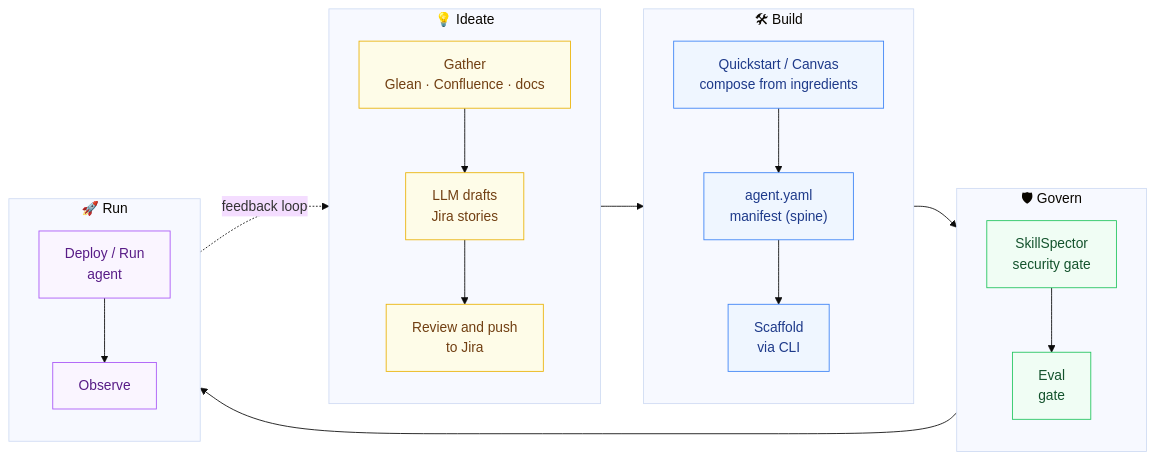
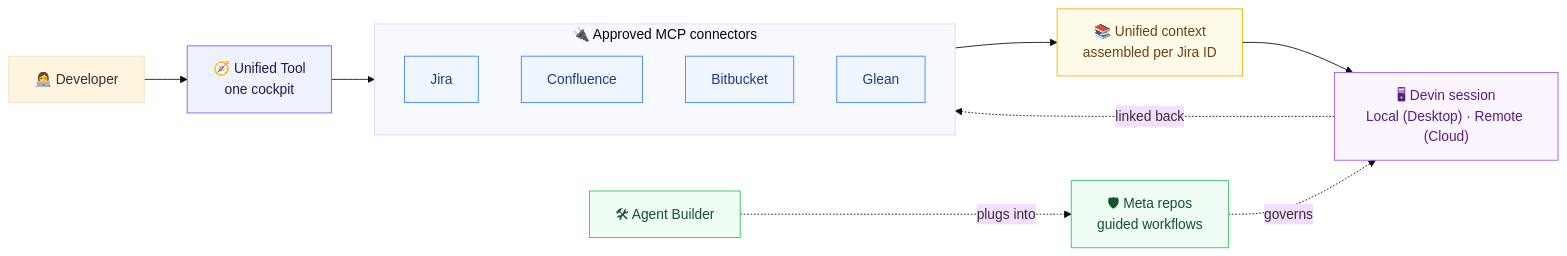
Before and after one commit to VcCorg/keelyard: the second of 3 diagrams in docs/design/01-development-lifecycle.md, drawn with Mermaid (base theme). The commit also changed other lines of this file and 2 other files, not shown here.

First line of the commit message:
docs(design): re-cast to the real current→new state (unified tool)

````diff
--- a/docs/design/01-development-lifecycle.md
+++ b/docs/design/01-development-lifecycle.md
@@ -40,31 +46,30 @@
 ```mermaid
 flowchart LR
-  subgraph IDEATE["💡 Ideate"]
+  DEV["👩‍💻 Developer"] --> HUB["🧭 Unified Tool<br/>one cockpit"]
+
+  subgraph CONNECT["🔌 Approved MCP connectors"]
     direction TB
-    G1["Gather<br/>Glean · Confluence · docs"] --> G2["LLM drafts<br/>Jira stories"] --> G3["Review and push<br/>to Jira"]
-  end
-  subgraph BUILD["🛠 Build"]
-    direction TB
-    B1["Quickstart / Canvas<br/>compose from ingredients"] --> B2["agent.yaml<br/>manifest (spine)"] --> B3["Scaffold<br/>via CLI"]
-  end
-  subgraph GOVERN["🛡 Govern"]
-    direction TB
-    V1["SkillSpector<br/>security gate"] --> V2["Eval<br/>gate"]
-  end
-  subgraph RUN["🚀 Run"]
-    direction TB
-    D1["Deploy / Run<br/>agent"] --> D2["Observe"]
+    C1["Jira"]
+    C2["Confluence"]
+    C3["Bitbucket"]
+    C4["Glean"]
   end
 
-  IDEATE --> BUILD --> GOVERN --> RUN
-  RUN -. "feedback loop" .-> IDEATE
+  HUB --> CONNECT
+  CONNECT --> CTX["📚 Unified context<br/>assembled per Jira ID"]
+  CTX --> SESS["🖥 Devin session<br/>Local (Desktop) · Remote (Cloud)"]
+  MR["🛡 Meta repos<br/>guided workflows"] -. governs .-> SESS
+  AB["🛠 Agent Builder"] -. plugs into .-> MR
+  SESS -. "linked back" .-> C1
 
-  classDef ideate fill:#fefce8,stroke:#eab308,color:#713f12;
-  classDef build fill:#eff6ff,stroke:#3b82f6,color:#1e3a8a;
-  classDef govern fill:#f0fdf4,stroke:#22c55e,color:#14532d;
-  classDef run fill:#faf5ff,stroke:#a855f7,color:#581c87;
-  class G1,G2,G3 ideate;
-  class B1,B2,B3 build;
-  class V1,V2 govern;
-  class D1,D2 run;
+  classDef hub fill:#eef2ff,stroke:#6366f1,color:#1e1b4b;
+  classDef conn fill:#eff6ff,stroke:#3b82f6,color:#1e3a8a;
+  classDef ctx fill:#fefce8,stroke:#eab308,color:#713f12;
+  classDef sess fill:#faf5ff,stroke:#a855f7,color:#581c87;
+  classDef gov fill:#f0fdf4,stroke:#22c55e,color:#14532d;
+  class HUB hub;
+  class C1,C2,C3,C4 conn;
+  class CTX ctx;
+  class SESS sess;
+  class MR,AB gov;
 ```
````
